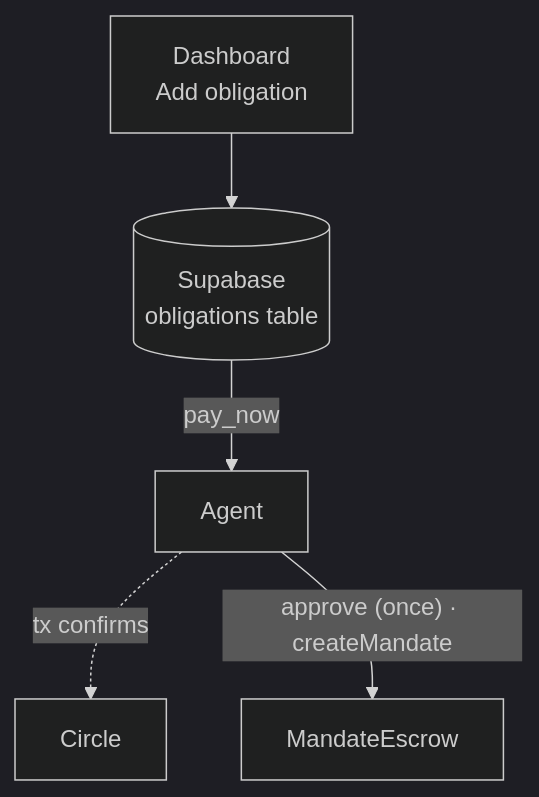
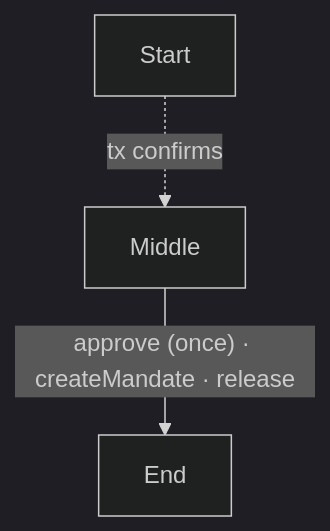
One commit to angelraph/arcurrent changed the diagram in docs/diagram-test.md. Above: the diagram before and after it, drawn with Mermaid (dark theme). The commit also changed other lines of this file, not shown here.

````diff
--- a/docs/diagram-test.md
+++ b/docs/diagram-test.md
@@ -3,7 +3,5 @@
 ```mermaid
 flowchart TD
-    A["Dashboard<br/>Add obligation"] --> DB[("Supabase<br/>obligations table")]
-    DB -->|pay_now| B["Agent"]
-    B -.->|tx confirms| C["Circle"]
-    B -->|"approve (once) · createMandate"| D["MandateEscrow"]
+    A["Start"] -.->|tx confirms| B["Middle"]
+    B -->|"approve (once) · createMandate · release"| C["End"]
 ```
````
